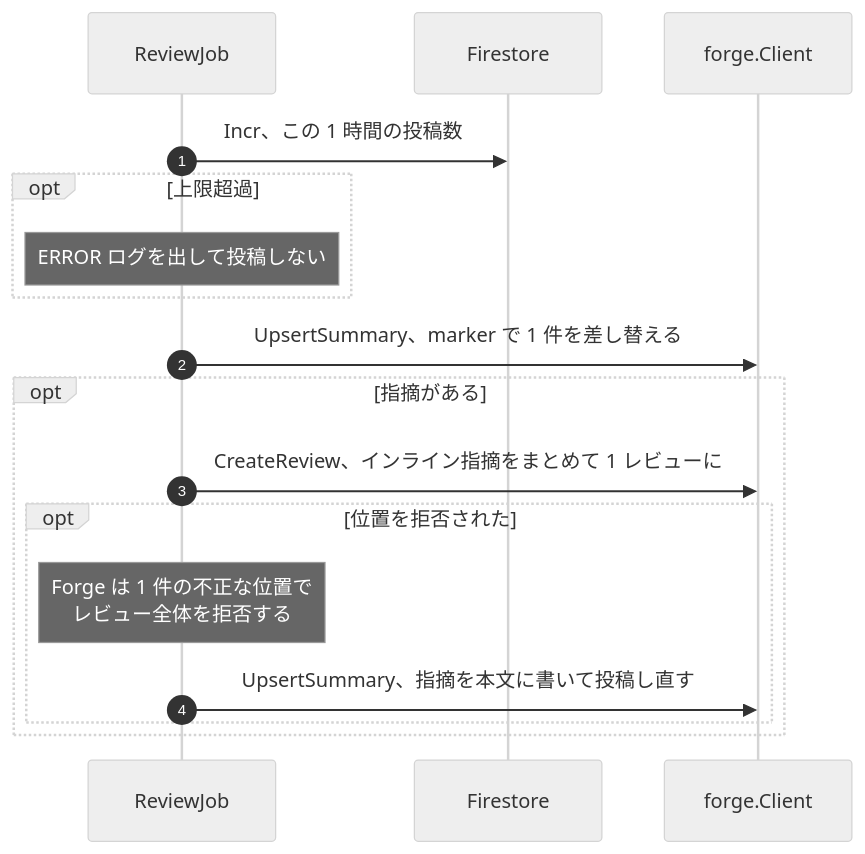
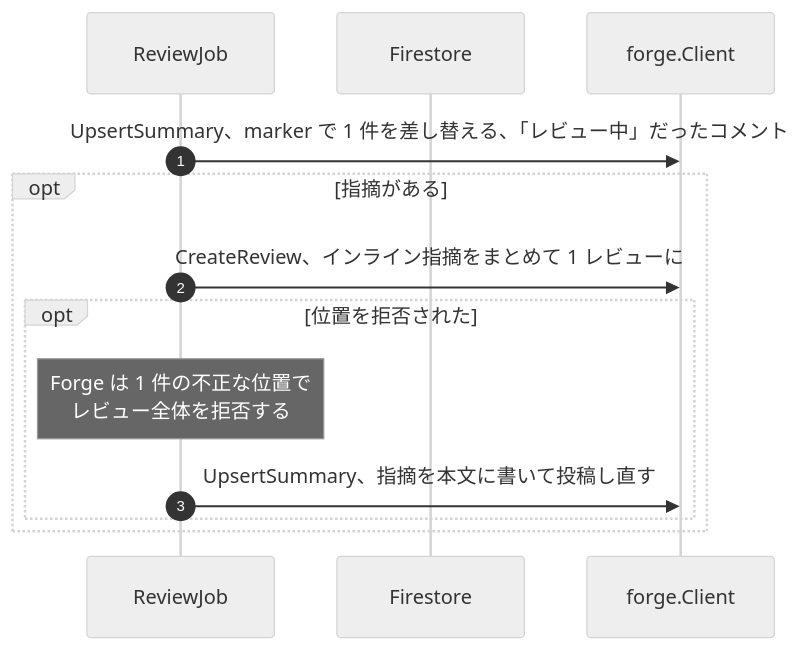
The sixth of 8 diagrams in docs/review-flow.md (yteraoka/kibitz), drawn with Mermaid (neutral theme) before and after one commit. The commit also changed other lines of this file and 4 other files, not shown here.

````diff
--- a/docs/review-flow.md
+++ b/docs/review-flow.md
@@ -280,20 +296,16 @@
 ```mermaid
 sequenceDiagram
     autonumber
     participant J as ReviewJob
     participant S as Firestore
     participant F as forge.Client
 
-    J->>S: Incr、この 1 時間の投稿数
-    opt 上限超過
-        Note over J: ERROR ログを出して投稿しない
-    end
-    J->>F: UpsertSummary、marker で 1 件を差し替える
+    J->>F: UpsertSummary、marker で 1 件を差し替える、「レビュー中」だったコメント
     opt 指摘がある
         J->>F: CreateReview、インライン指摘をまとめて 1 レビューに
         opt 位置を拒否された
             Note over J: Forge は 1 件の不正な位置で<br/>レビュー全体を拒否する
             J->>F: UpsertSummary、指摘を本文に書いて投稿し直す
         end
     end
 ```
````
